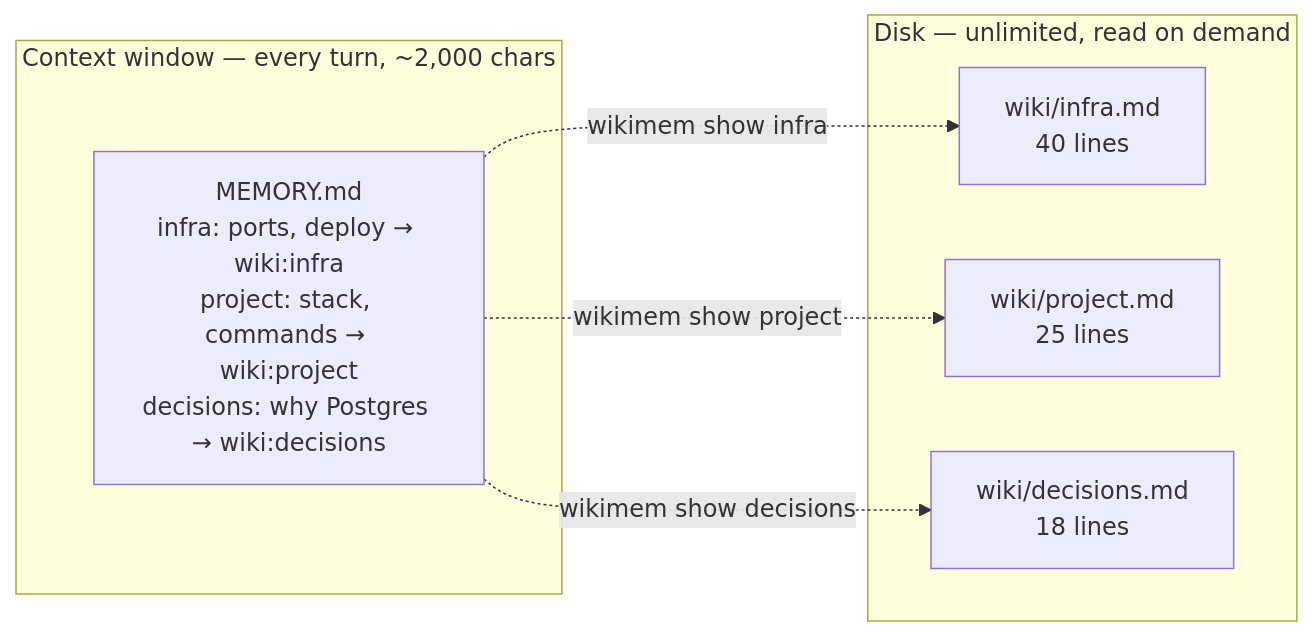
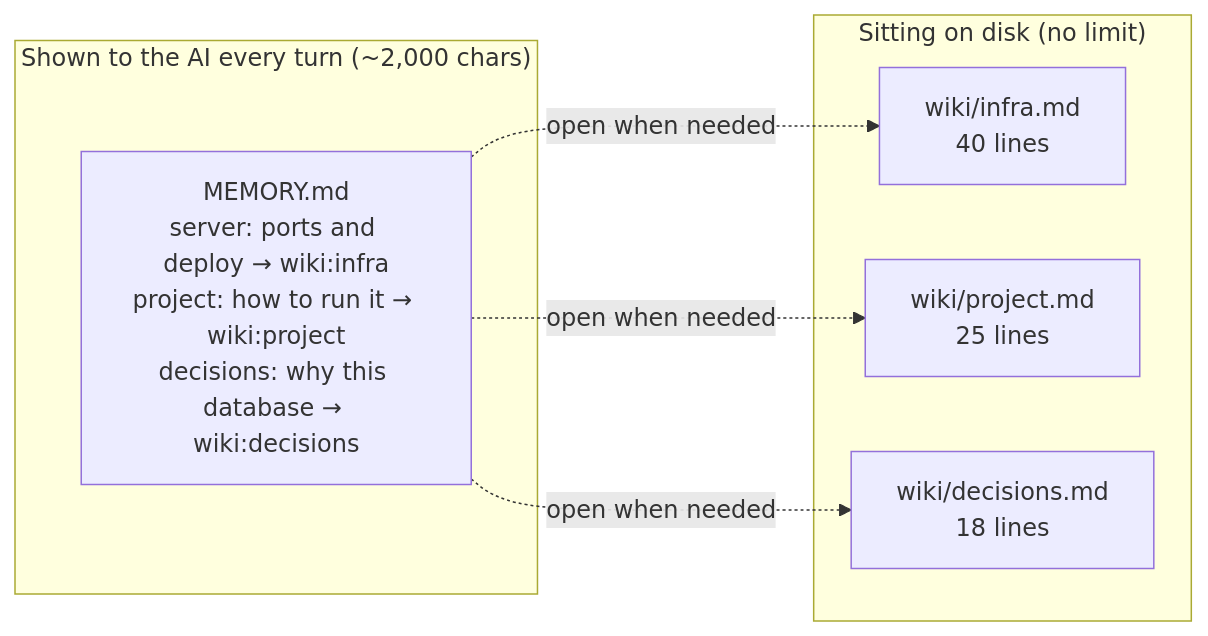
One commit to QINXIN111/tiered-memory changed the first of 3 diagrams in README.md. Above: the diagram before and after it, drawn with Mermaid. The commit also changed other lines of this file and 1 other file, not shown here.

````diff
--- a/README.md
+++ b/README.md
@@ -23,14 +29,14 @@
 ```mermaid
 flowchart LR
-    subgraph CTX["Context window — every turn, ~2,000 chars"]
-      IDX["MEMORY.md<br/>infra: ports, deploy → wiki:infra<br/>project: stack, commands → wiki:project<br/>decisions: why Postgres → wiki:decisions"]
+    subgraph CTX["Shown to the AI every turn (~2,000 chars)"]
+      IDX["MEMORY.md<br/>server: ports and deploy → wiki:infra<br/>project: how to run it → wiki:project<br/>decisions: why this database → wiki:decisions"]
     end
-    subgraph DISK["Disk — unlimited, read on demand"]
+    subgraph DISK["Sitting on disk (no limit)"]
       N1["wiki/infra.md<br/>40 lines"]
       N2["wiki/project.md<br/>25 lines"]
       N3["wiki/decisions.md<br/>18 lines"]
     end
-    IDX -. "wikimem show infra" .-> N1
-    IDX -. "wikimem show project" .-> N2
-    IDX -. "wikimem show decisions" .-> N3
+    IDX -. "open when needed" .-> N1
+    IDX -. "open when needed" .-> N2
+    IDX -. "open when needed" .-> N3
 ```
````
